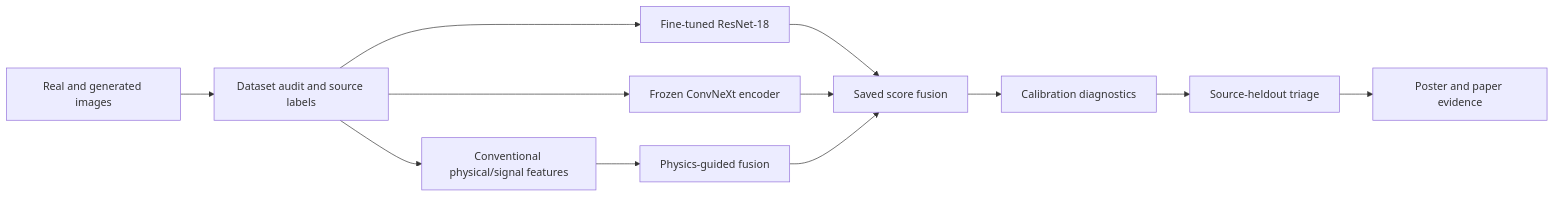
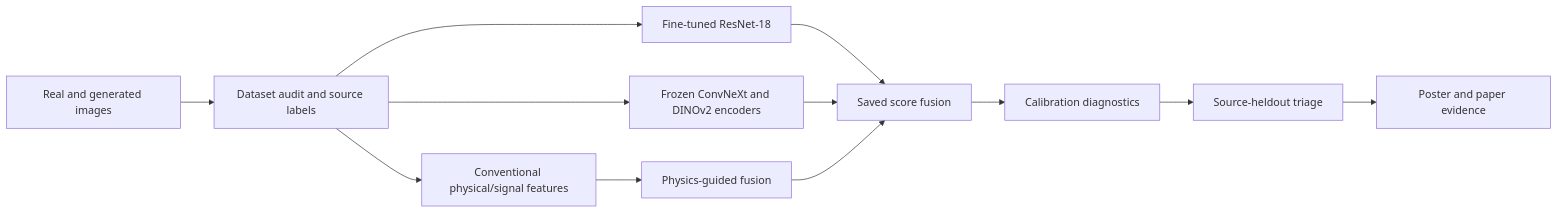
Before and after one commit to DrStrangel0ve/ai-image-forensics-comparison: the diagram in reports/publication_assets_2026_06_12.md, drawn with Mermaid. The commit also changed other lines of this file and 6 other files, not shown here.

Commit message:
Add DINOv2 fusion publication figure

````diff
--- a/reports/publication_assets_2026_06_12.md
+++ b/reports/publication_assets_2026_06_12.md
@@ -9,14 +9,14 @@
 ```mermaid
 flowchart LR
   A["Real and generated images"] --> B["Dataset audit and source labels"]
   B --> C["Conventional physical/signal features"]
   B --> D["Fine-tuned ResNet-18"]
-  B --> E["Frozen ConvNeXt encoder"]
+  B --> E["Frozen ConvNeXt and DINOv2 encoders"]
   C --> F["Physics-guided fusion"]
   D --> G["Saved score fusion"]
   E --> G
   F --> G
   G --> H["Calibration diagnostics"]
   H --> I["Source-heldout triage"]
   I --> J["Poster and paper evidence"]
 ```
````
